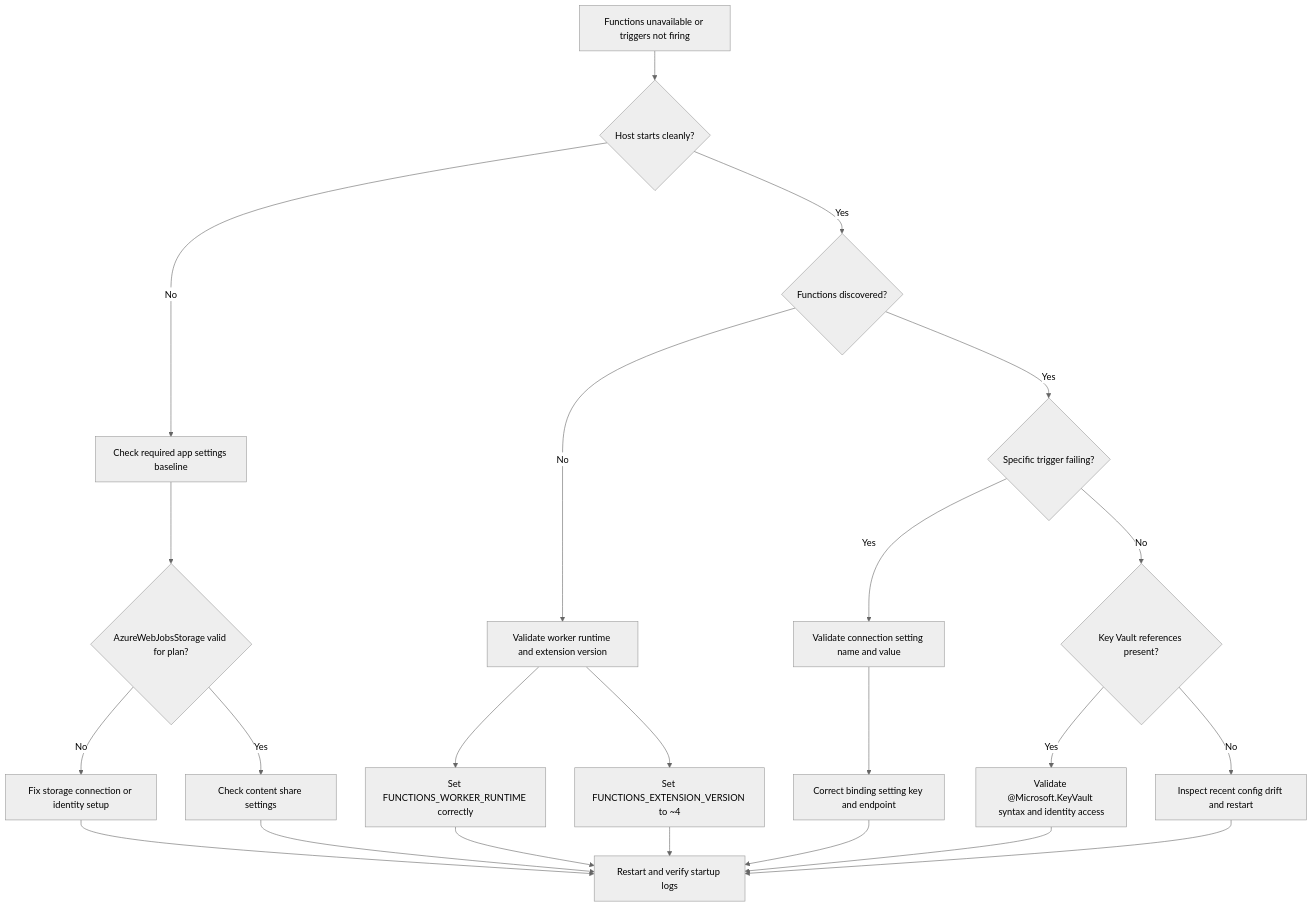
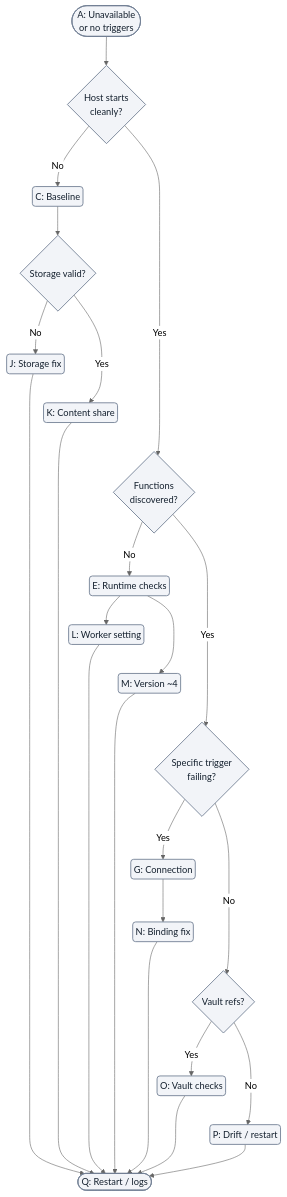
One commit to yeongseon/azure-functions-practical-guide changed the first of 4 diagrams in docs/troubleshooting/playbooks/auth-config/app-settings-misconfiguration.md. Above: the diagram before and after it, drawn with Mermaid (neutral theme). The commit also changed other lines of this file and 2 other files, not shown here.

First line of the commit message:
docs(diagrams): migrate Functions playbooks auth-config — app settings misconfiguration and managed identity rbac failure (#453)

````diff
--- a/docs/troubleshooting/playbooks/auth-config/app-settings-misconfiguration.md
+++ b/docs/troubleshooting/playbooks/auth-config/app-settings-misconfiguration.md
@@ -84,25 +84,37 @@
 ```mermaid
+%%{init: {"flowchart":{"nodeSpacing":10,"padding":5}}}%%
 flowchart TD
-    A[Functions unavailable or triggers not firing] --> B{Host starts cleanly?}
-    B -->|No| C[Check required app settings baseline]
-    B -->|Yes| D{Functions discovered?}
-    D -->|No| E[Validate worker runtime and extension version]
-    D -->|Yes| F{Specific trigger failing?}
-    F -->|Yes| G[Validate connection setting name and value]
-    F -->|No| H{Key Vault references present?}
-    C --> I{AzureWebJobsStorage valid for plan?}
-    I -->|No| J[Fix storage connection or identity setup]
-    I -->|Yes| K[Check content share settings]
-    E --> L[Set FUNCTIONS_WORKER_RUNTIME correctly]
-    E --> M[Set FUNCTIONS_EXTENSION_VERSION to ~4]
-    G --> N[Correct binding setting key and endpoint]
-    H -->|Yes| O[Validate @Microsoft.KeyVault syntax and identity access]
-    H -->|No| P[Inspect recent config drift and restart]
-    J --> Q[Restart and verify startup logs]
+    accTitle: App settings diagnostic decisions
+    accDescr: Illustrative checks for startup, discovery, trigger connections and Key Vault references; branches select checks, not confirmed causes. Use the evidence and disproof sections before mitigation.
+    A(["A: Unavailable<br/>or no triggers"]) --> B{"Host starts<br/>cleanly?"}
+    B -->|No| C("C: Baseline")
+    B -->|Yes| D{"Functions<br/>discovered?"}
+    D -->|No| E("E: Runtime checks")
+    D -->|Yes| F{"Specific trigger<br/>failing?"}
+    F -->|Yes| G("G: Connection")
+    F -->|No| H{"Vault refs?"}
+    C --> I{"Storage valid?"}
+    I -->|No| J("J: Storage fix")
+    I -->|Yes| K("K: Content share")
+    E --> L("L: Worker setting")
+    E --> M("M: Version ~4")
+    G --> N("N: Binding fix")
+    H -->|Yes| O("O: Vault checks")
+    H -->|No| P("P: Drift / restart")
+    J --> Q(["Q: Restart / logs"])
     K --> Q
     L --> Q
     M --> Q
     N --> Q
     O --> Q
     P --> Q
+    %% Layout-only links serialize checks; they add no diagnostic steps or arrows.
+    J ~~~ K
+    K ~~~ D
+    L ~~~ M
+    M ~~~ F
+    N ~~~ H
+    O ~~~ P
+    classDef neutral fill:#f2f4f8,stroke:#707e93,stroke-width:1.5px,color:#14202e;
+    class A,B,C,D,E,F,G,H,I,J,K,L,M,N,O,P,Q neutral;
 ```
````
